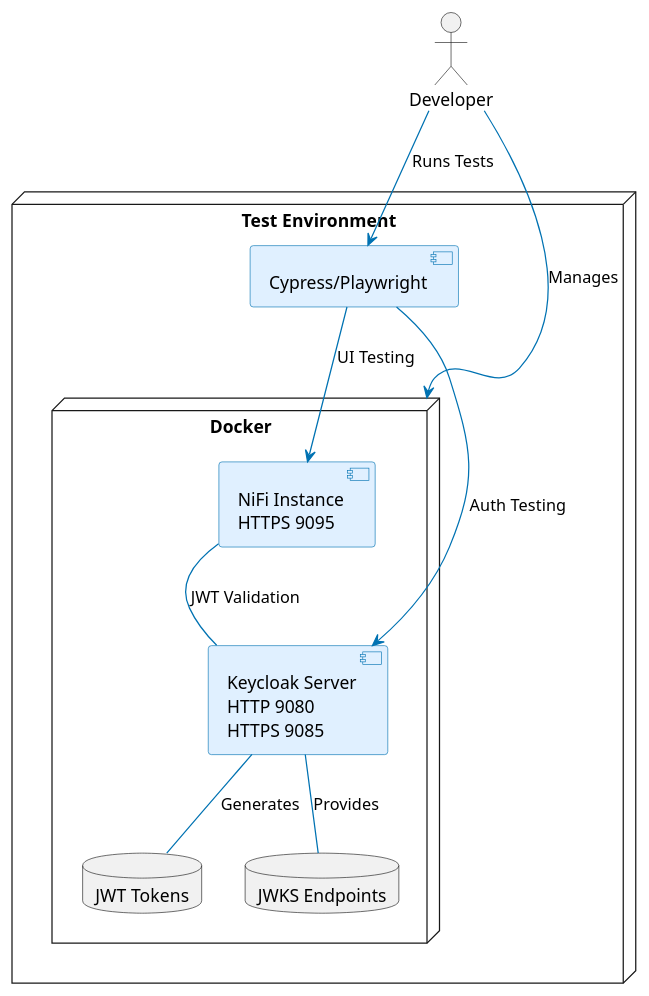
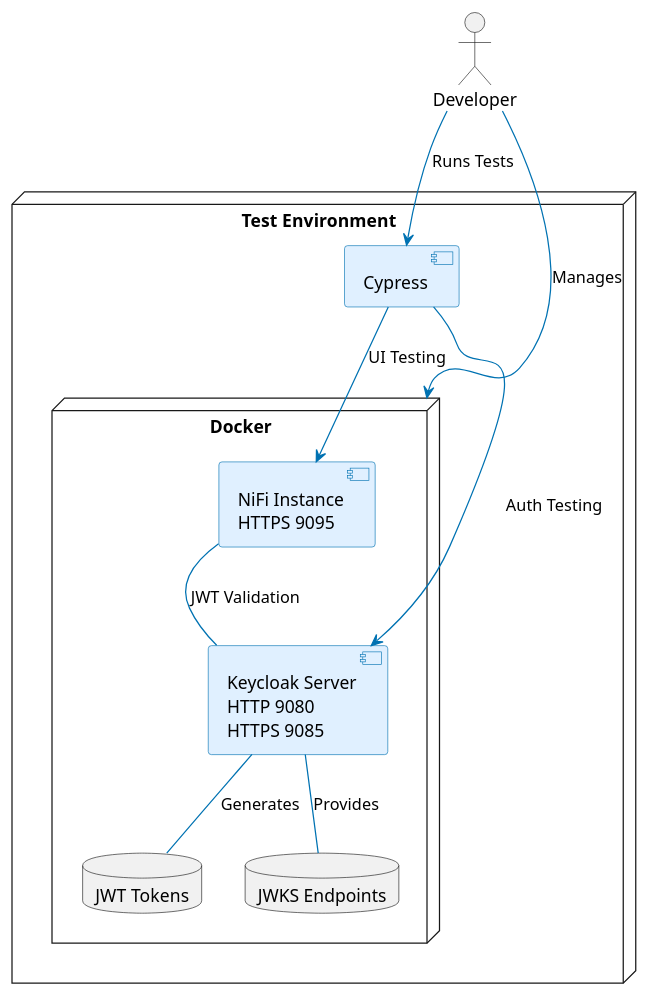
One commit to cuioss/nifi-extensions changed the diagram in doc/plantuml/test-environment-architecture.puml. Above: the diagram before and after it, drawn with PlantUML. The commit also changed 2 other files, not shown here.

```diff
--- a/doc/plantuml/test-environment-architecture.puml
+++ b/doc/plantuml/test-environment-architecture.puml
@@ -1,32 +1,32 @@
 @startuml
 skinparam {
     BackgroundColor white
     ArrowColor #0072B2
     BorderColor #0072B2
     ComponentBorderColor #0072B2
     ComponentBackgroundColor #E0F0FF
 }
 
 node "Test Environment" as TE {
-    component "Cypress/Playwright" as CP
+    component "Cypress" as CP
     
     node "Docker" as D {
         component "NiFi Instance\nHTTPS 9095" as N
         component "Keycloak Server\nHTTP 9080\nHTTPS 9085" as K
         
         database "JWT Tokens" as JWT
         database "JWKS Endpoints" as JWKS
         
         N -- K : "JWT Validation"
         K -- JWT : "Generates"
         K -- JWKS : "Provides"
     }
     
     CP --> N : "UI Testing"
     CP --> K : "Auth Testing"
 }
 
 actor "Developer" as DEV
 DEV --> CP : "Runs Tests"
 DEV --> D : "Manages"
 @enduml
```
